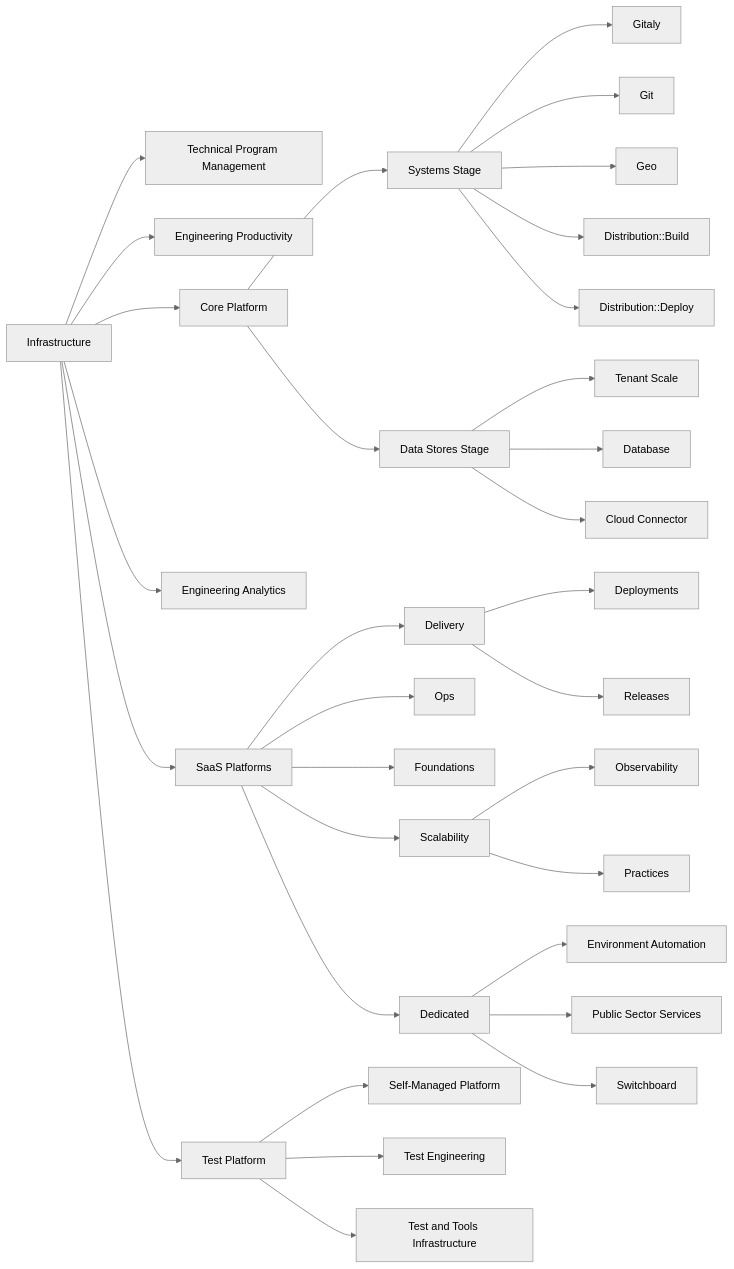
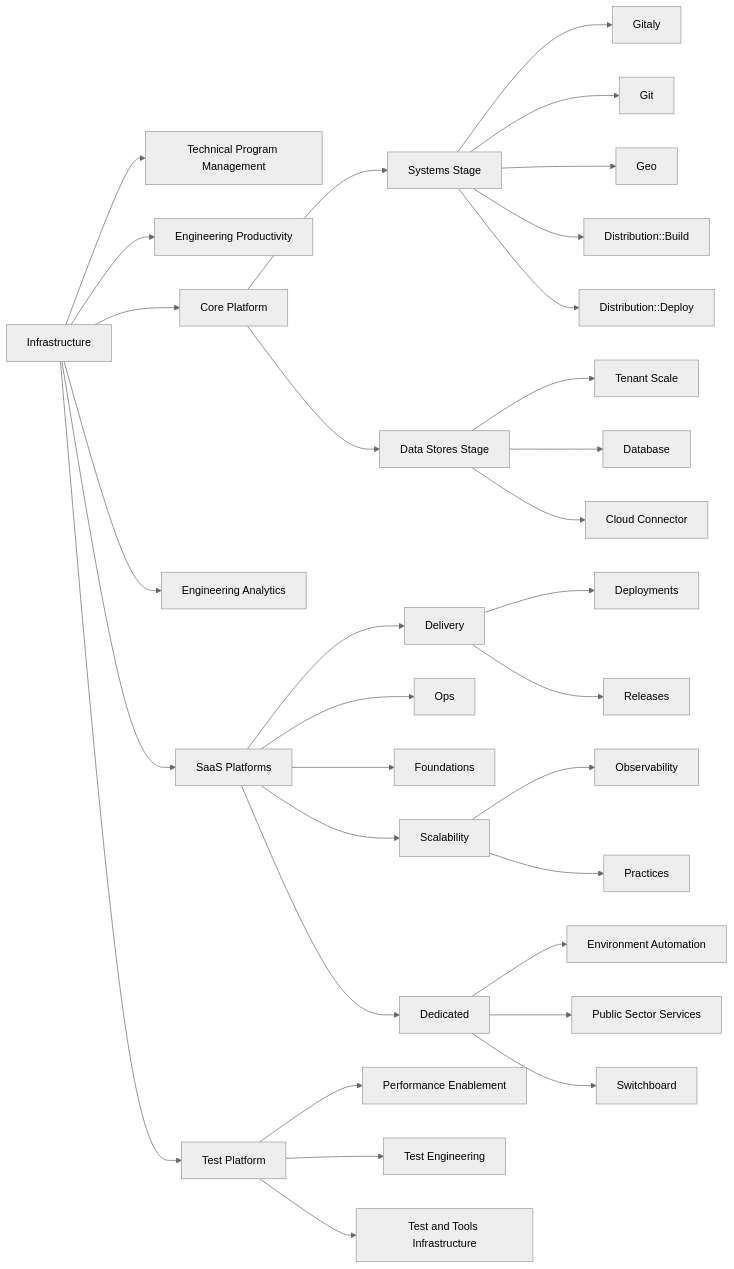
The diagram in content/handbook/engineering/infrastructure/_index.md (zalyoung/gitlab-handbook), drawn with Mermaid (neutral theme) before and after one commit. The commit also changed 8 other files, not shown here.

Commit message:
Moving performance enablement pages

````diff
--- a/content/handbook/engineering/infrastructure/_index.md
+++ b/content/handbook/engineering/infrastructure/_index.md
@@ -45,71 +45,71 @@
 ```mermaid
 flowchart LR
     I[Infrastructure]
     click I "/handbook/engineering/infrastructure/"
 
     I --> TPM[Technical Program Management]
     click TPM "/handbook/engineering/infrastructure/technical-program-management/"
 
     I --> EP[Engineering Productivity]
     click EP "/handbook/engineering/infrastructure/engineering-productivity/"
     I --> C[Core Platform]
     click C "/handbook/engineering/infrastructure/core-platform/"
     I --> EA[Engineering Analytics]
     click EA "/handbook/engineering/quality/engineering-analytics/"
     I --> TP[Test Platform]
     click TP "/handbook/engineering/infrastructure/test-platform/"
     I --> SP[SaaS Platforms]
     click SP "/handbook/engineering/infrastructure/platforms/"
 
     C --> SS[Systems Stage]
     click SS "/handbook/engineering/infrastructure/core-platform/systems/"
 
     SS --> GC[Gitaly]
     click GC "/handbook/engineering/infrastructure-platforms/data-access/gitaly/"
     SS --> Git[Git]
     click GG "/handbook/engineering/infrastructure-platforms/data-access/git/"
     SS --> Geo
     click Geo "/handbook/engineering/infrastructure/core-platform/systems/geo/"
     SS --> DB[Distribution::Build]
     click DB "/handbook/engineering/infrastructure/core-platform/systems/distribution/"
     SS --> DD[Distribution::Deploy]
     click DD "/handbook/engineering/infrastructure/core-platform/systems/distribution/"
 
     C --> DS[Data Stores Stage]
     click DS "/handbook/engineering/infrastructure/core-platform/data_stores/"
     DS --> TS[Tenant Scale]
     click TS "/handbook/engineering/infrastructure/core-platform/tenant-scale/"
     DS --> Database
     click Database "/handbook/engineering/infrastructure-platforms/data-access/database-framework/"
     DS --> CC[Cloud Connector]
     click CC "/handbook/engineering/infrastructure/core-platform/data_stores/cloud-connector/"
 
     SP --> DE[Delivery]
     click DE "/handbook/engineering/infrastructure/team/delivery/"
     DE --> Deployments
     DE --> Releases
     SP --> Ops
     click Ops "/handbook/engineering/infrastructure/team/ops/"
     SP --> Foundations
     click Foundations "/handbook/engineering/infrastructure/team/foundations/"
     SP --> Scalability
     click Scalability "/handbook/engineering/infrastructure/team/scalability/"
     Scalability --> Observability
     Scalability --> Practices
 
     SP --> D[Dedicated]
     click D "/handbook/engineering/infrastructure/team/gitlab-dedicated/"
     D --> E[Environment Automation]
     click E "/handbook/engineering/infrastructure/team/gitlab-dedicated/"
     D --> PSS[Public Sector Services]
     click PSS "/handbook/engineering/infrastructure/team/gitlab-dedicated/us-public-sector-services/"
     D --> Switchboard
     click Switchboard "/handbook/engineering/infrastructure/team/gitlab-dedicated/switchboard/"
 
-    TP --> SMP[Self-Managed Platform]
-    click SMP "/handbook/engineering/infrastructure/test-platform/self-managed-platform-team/"
+    TP --> PE[Performance Enablement]
+    click PE "/handbook/engineering/infrastructure-platforms/developer-experience/performance-enablement/"
     TP --> TE[Test Engineering]
     click TE "/handbook/engineering/infrastructure/test-platform/test-engineering-team/"
     TP --> TTI[Test and Tools Infrastructure]
     click TTI "/handbook/engineering/infrastructure/test-platform/test-and-tools-infrastructure-team/"
 ```
````
